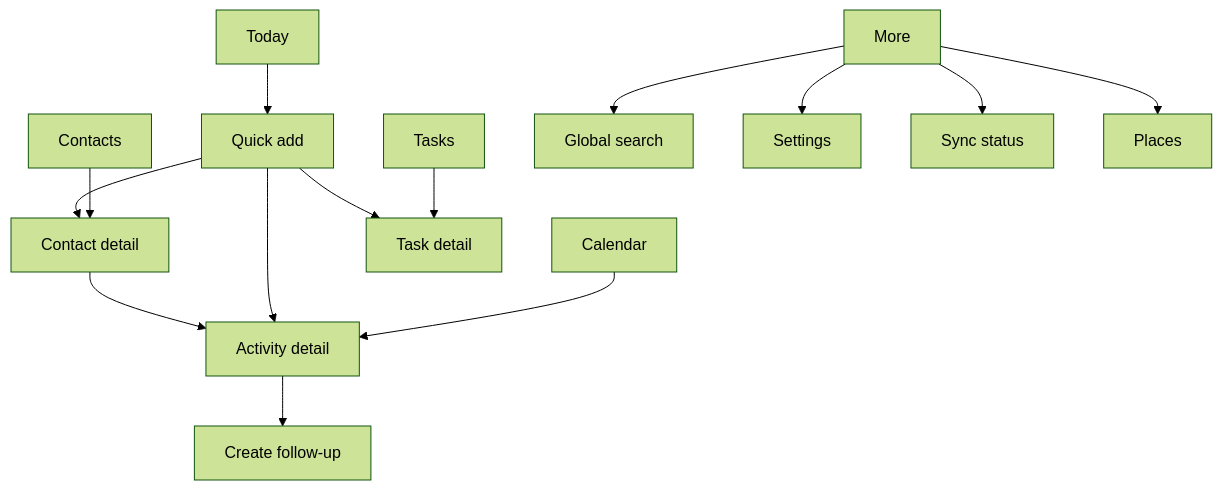
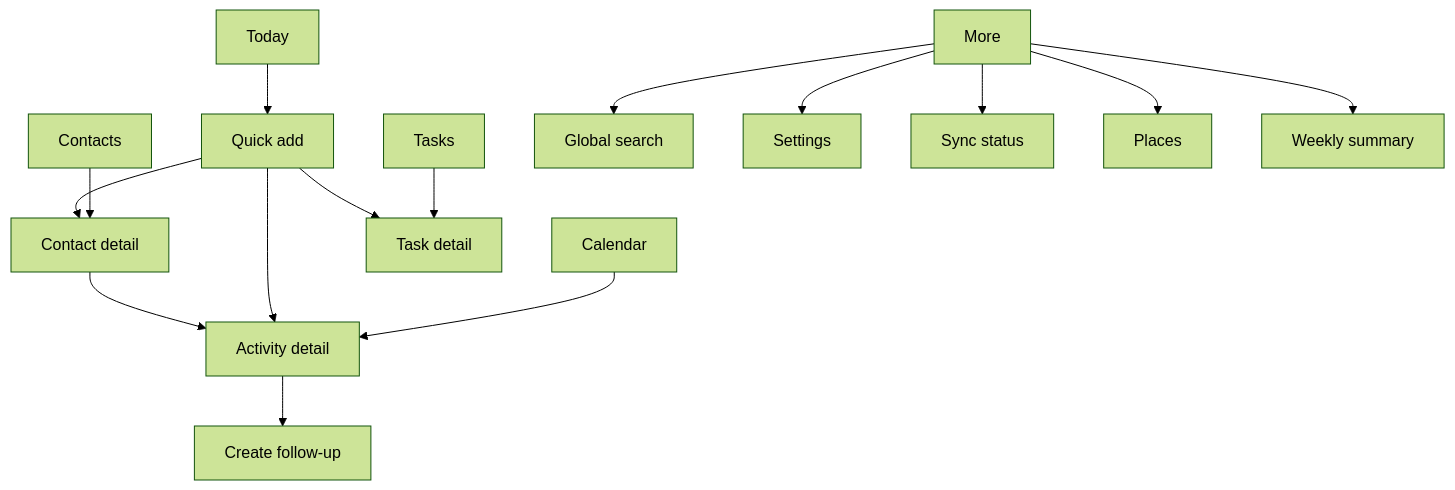
One commit to noyanxtdoor-maker/rm-calendar changed the diagram in docs/Information-Architecture.md. Above: the diagram before and after it, drawn with Mermaid (forest theme). The commit also changed other lines of this file, not shown here.

Commit message:
docs: add weekly review and delivery contract

````diff
--- a/docs/Information-Architecture.md
+++ b/docs/Information-Architecture.md
@@ -23,23 +25,24 @@
 ```mermaid
 flowchart TD
     Today["Today"]
     Calendar["Calendar"]
     Contacts["Contacts"]
     Tasks["Tasks"]
     More["More"]
 
     Today --> QuickAdd["Quick add"]
     Calendar --> Activity["Activity detail"]
     Contacts --> Contact["Contact detail"]
     Tasks --> Task["Task detail"]
     More --> Search["Global search"]
     More --> Settings["Settings"]
     More --> Sync["Sync status"]
     More --> Places["Places"]
+    More --> Review["Weekly summary"]
 
     QuickAdd --> Activity
     QuickAdd --> Task
     QuickAdd --> Contact
     Activity --> FollowUp["Create follow-up"]
     Contact --> Activity
 ```
````
